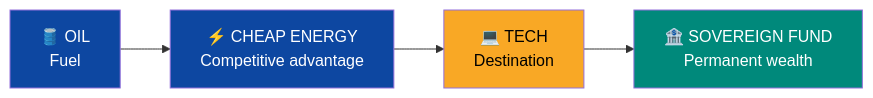
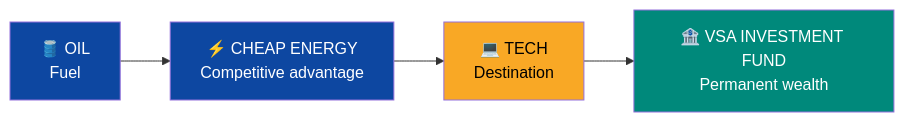
One commit to Venezuela-S-A/venezuela-sa changed the first of 2 diagrams in docs/09-investors/pitch-deck.md. Above: the diagram before and after it, drawn with Mermaid. The commit also changed other lines of this file and 49 other files, not shown here.

````diff
--- a/docs/09-investors/pitch-deck.md
+++ b/docs/09-investors/pitch-deck.md
@@ -43,11 +47,11 @@
 ```mermaid
 flowchart LR
     A["🛢️ OIL<br/>Fuel"] --> B["⚡ CHEAP ENERGY<br/>Competitive advantage"]
     B --> C["💻 TECH<br/>Destination"]
-    C --> D["🏦 SOVEREIGN FUND<br/>Permanent wealth"]
+    C --> D["🏦 VSA INVESTMENT FUND<br/>Permanent wealth"]
 
     style A fill:#0D47A1,color:#fff
     style B fill:#0D47A1,color:#fff
     style C fill:#F9A825,color:#000
     style D fill:#00897B,color:#fff
 ```
````
